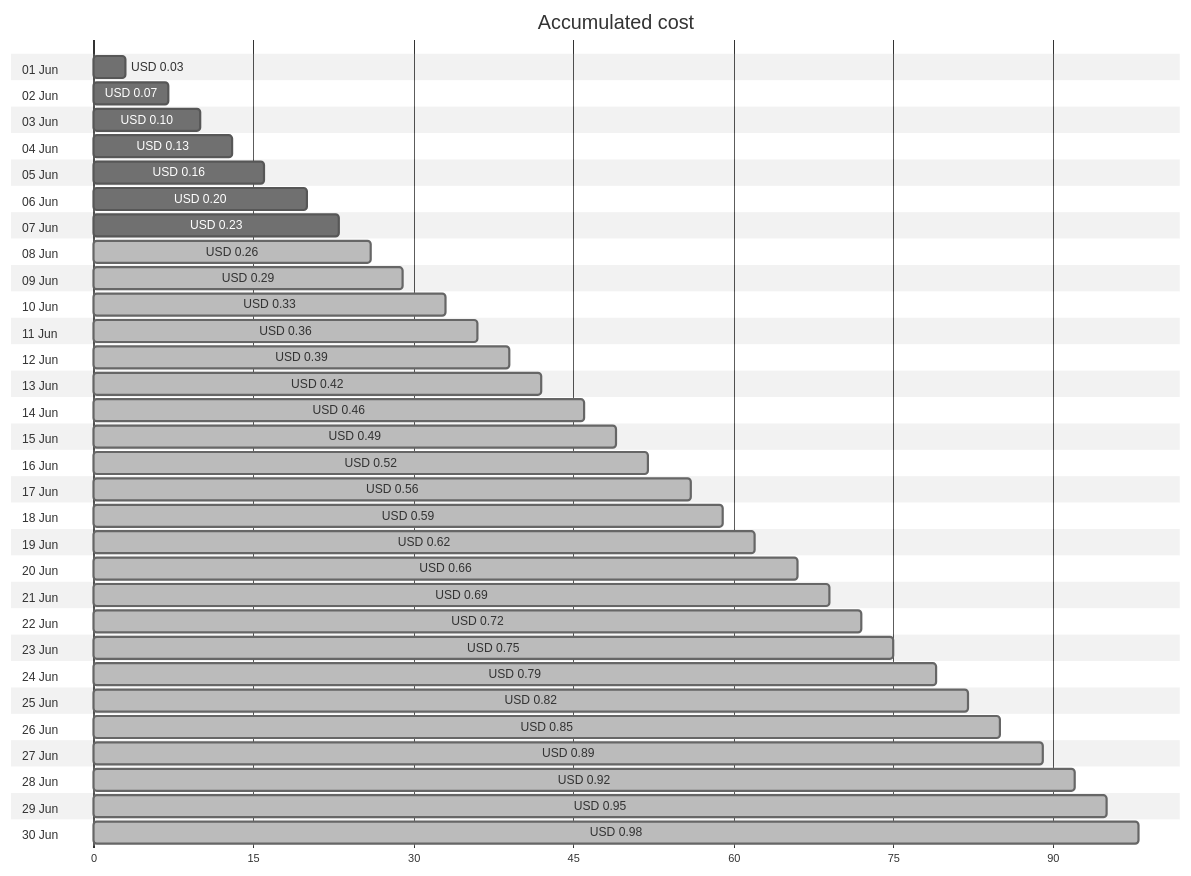
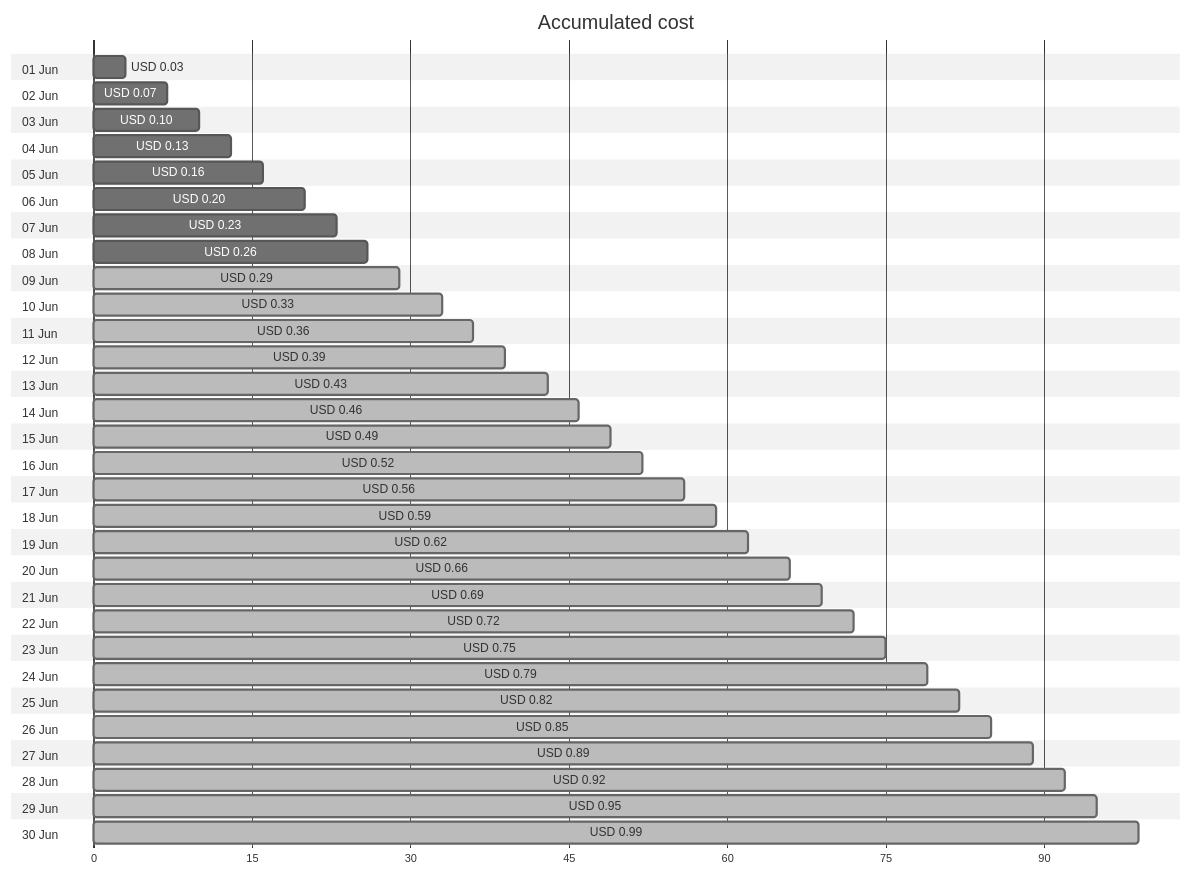
One commit to jpfulton/azure-personal-reports changed the first of 4 diagrams in cost-reports/personal-dns/README.md. Above: the diagram before and after it, drawn with Mermaid (neutral theme). The commit also changed other lines of this file and 2 other files, not shown here.

````diff
--- a/cost-reports/personal-dns/README.md
+++ b/cost-reports/personal-dns/README.md
@@ -20,66 +20,66 @@
 ```mermaid
 gantt
    title Accumulated cost
    dateFormat  X
    axisFormat %s
    section 01 Jun
    USD 0.03 :0, 3
    section 02 Jun
    USD 0.07 :0, 7
    section 03 Jun
    USD 0.10 :0, 10
    section 04 Jun
    USD 0.13 :0, 13
    section 05 Jun
    USD 0.16 :0, 16
    section 06 Jun
    USD 0.20 :0, 20
    section 07 Jun
    USD 0.23 :0, 23
    section 08 Jun
-   USD 0.26 : done, 0, 26
+   USD 0.26 :0, 26
    section 09 Jun
    USD 0.29 : done, 0, 29
    section 10 Jun
    USD 0.33 : done, 0, 33
    section 11 Jun
    USD 0.36 : done, 0, 36
    section 12 Jun
    USD 0.39 : done, 0, 39
    section 13 Jun
-   USD 0.42 : done, 0, 42
+   USD 0.43 : done, 0, 43
    section 14 Jun
    USD 0.46 : done, 0, 46
    section 15 Jun
    USD 0.49 : done, 0, 49
    section 16 Jun
    USD 0.52 : done, 0, 52
    section 17 Jun
    USD 0.56 : done, 0, 56
    section 18 Jun
    USD 0.59 : done, 0, 59
    section 19 Jun
    USD 0.62 : done, 0, 62
    section 20 Jun
    USD 0.66 : done, 0, 66
    section 21 Jun
    USD 0.69 : done, 0, 69
    section 22 Jun
    USD 0.72 : done, 0, 72
    section 23 Jun
    USD 0.75 : done, 0, 75
    section 24 Jun
    USD 0.79 : done, 0, 79
    section 25 Jun
    USD 0.82 : done, 0, 82
    section 26 Jun
    USD 0.85 : done, 0, 85
    section 27 Jun
    USD 0.89 : done, 0, 89
    section 28 Jun
    USD 0.92 : done, 0, 92
    section 29 Jun
    USD 0.95 : done, 0, 95
    section 30 Jun
-   USD 0.98 : done, 0, 98
+   USD 0.99 : done, 0, 99
 ```
````
